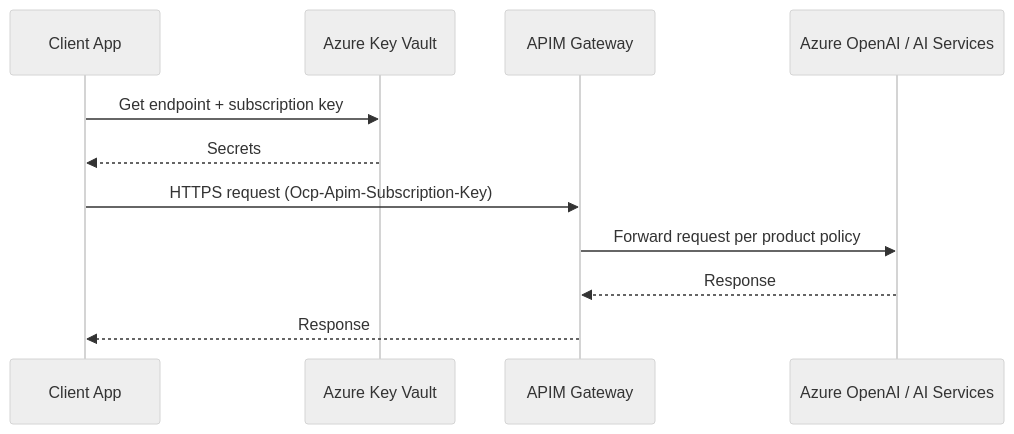
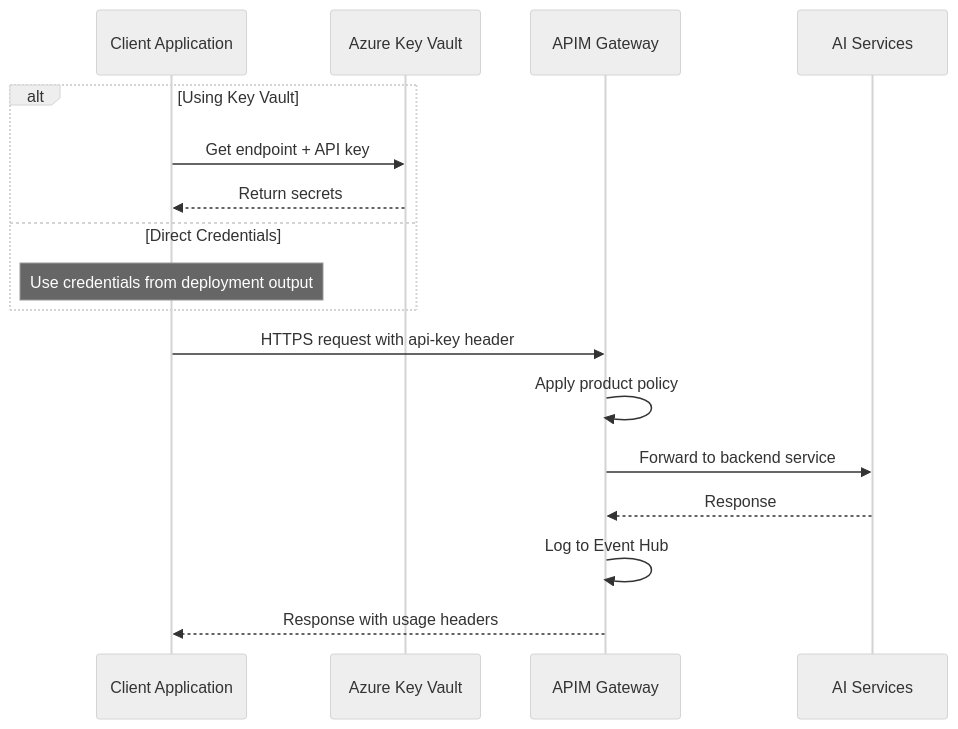
One commit to Azure-Samples/ai-hub-gateway-solution-accelerator changed the second of 2 diagrams in bicep/infra/usecase-onboarding/README.md. Above: the diagram before and after it, drawn with Mermaid (neutral theme). The commit also changed other lines of this file and 24 other files, not shown here.

````diff
--- a/bicep/infra/usecase-onboarding/README.md
+++ b/bicep/infra/usecase-onboarding/README.md
@@ -48,14 +74,21 @@
 ```mermaid
 sequenceDiagram
-    participant App as Client App
+    participant App as Client Application
     participant KV as Azure Key Vault
     participant APIM as APIM Gateway
-    participant S1 as Azure OpenAI / AI Services
+    participant AI as AI Services
 
-    App->>KV: Get endpoint + subscription key
-    KV-->>App: Secrets
-    App->>APIM: HTTPS request (Ocp-Apim-Subscription-Key)
-    APIM->>S1: Forward request per product policy
-    S1-->>APIM: Response
-    APIM-->>App: Response
+    alt Using Key Vault
+        App->>KV: Get endpoint + API key
+        KV-->>App: Return secrets
+    else Direct Credentials
+        Note over App: Use credentials from deployment output
+    end
+    
+    App->>APIM: HTTPS request with api-key header
+    APIM->>APIM: Apply product policy
+    APIM->>AI: Forward to backend service
+    AI-->>APIM: Response
+    APIM->>APIM: Log to Event Hub
+    APIM-->>App: Response with usage headers
 ```
````
